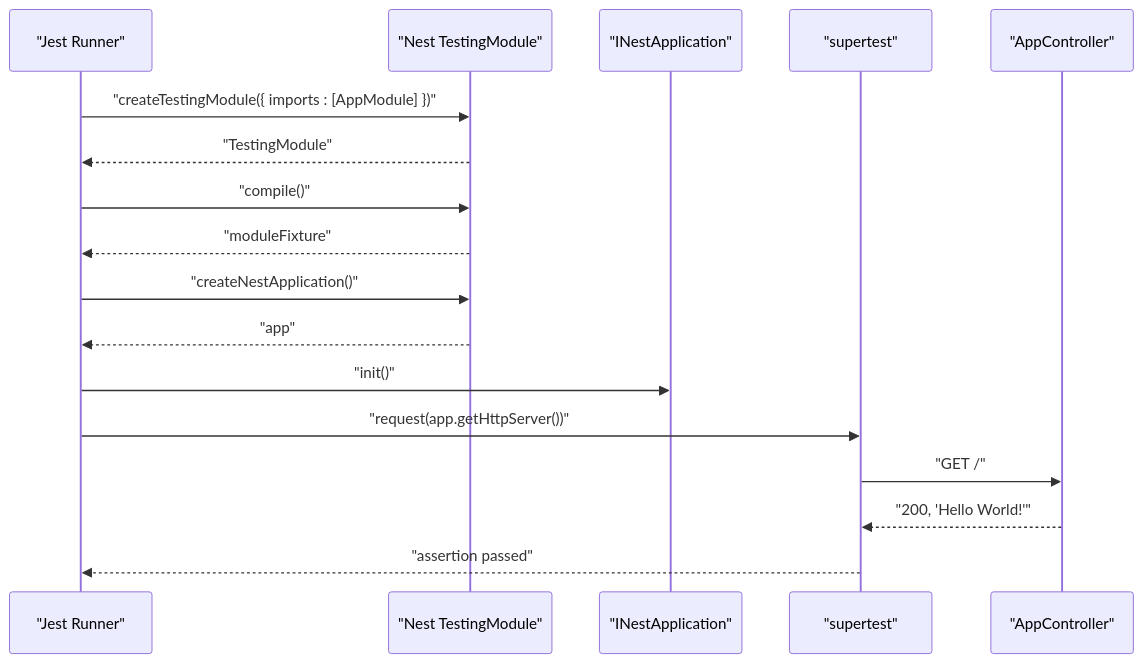
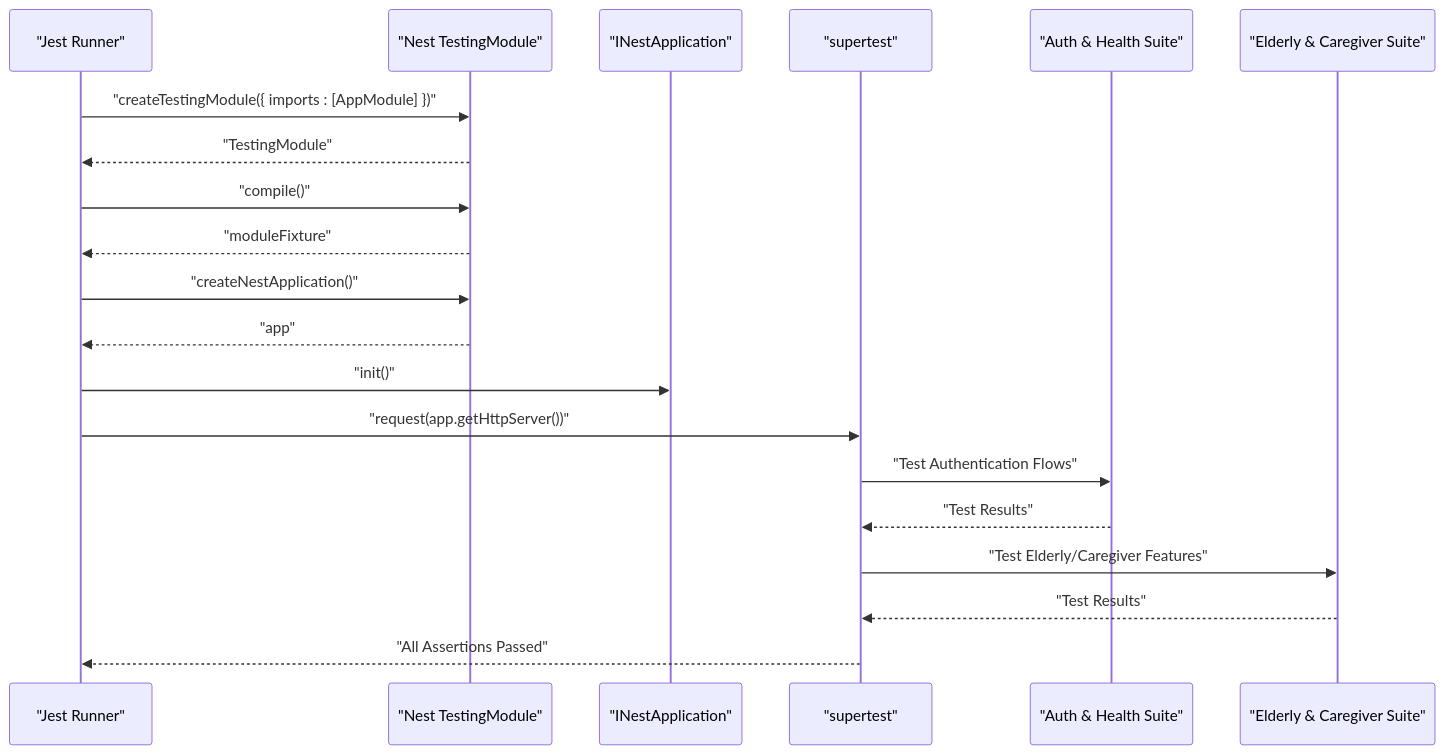
The fourth of 18 diagrams in .qoder/repowiki/en/content/Testing & Deployment.md (jairosouza67/99-Pai), drawn with Mermaid before and after one commit. The commit also changed other lines of this file and 4 other files, not shown here.

Commit message:
docs: update repository wiki metadata and architecture notes

````diff
--- a/.qoder/repowiki/en/content/Testing & Deployment.md
+++ b/.qoder/repowiki/en/content/Testing & Deployment.md
@@ -291,19 +357,22 @@
 ```mermaid
 sequenceDiagram
 participant Runner as "Jest Runner"
 participant Testing as "Nest TestingModule"
 participant App as "INestApplication"
 participant Supertest as "supertest"
-participant Controller as "AppController"
+participant AuthSuite as "Auth & Health Suite"
+participant ElderlySuite as "Elderly & Caregiver Suite"
 Runner->>Testing : "createTestingModule({ imports : [AppModule] })"
 Testing-->>Runner : "TestingModule"
 Runner->>Testing : "compile()"
 Testing-->>Runner : "moduleFixture"
 Runner->>Testing : "createNestApplication()"
 Testing-->>Runner : "app"
 Runner->>App : "init()"
 Runner->>Supertest : "request(app.getHttpServer())"
-Supertest->>Controller : "GET /"
-Controller-->>Supertest : "200, 'Hello World!'"
-Supertest-->>Runner : "assertion passed"
+Supertest->>AuthSuite : "Test Authentication Flows"
+AuthSuite-->>Supertest : "Test Results"
+Supertest->>ElderlySuite : "Test Elderly/Caregiver Features"
+ElderlySuite-->>Supertest : "Test Results"
+Supertest-->>Runner : "All Assertions Passed"
 ```
````
